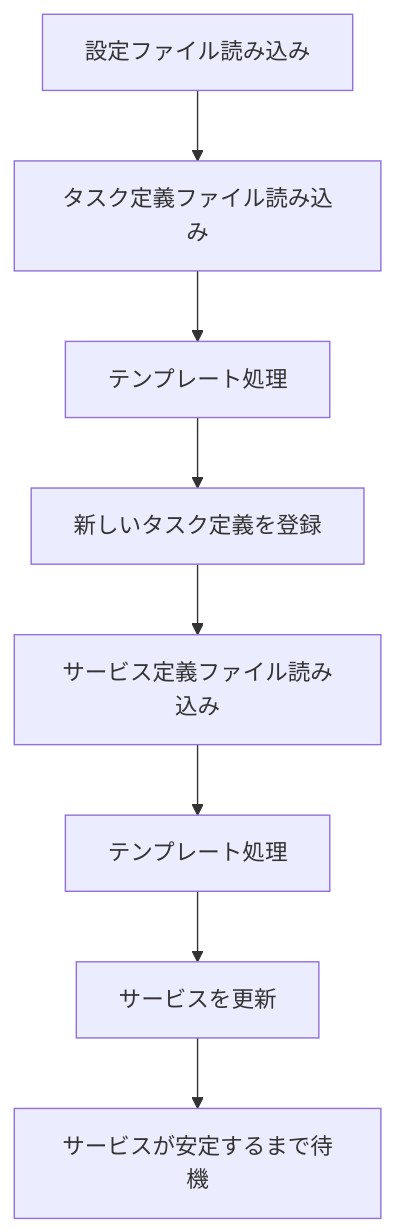
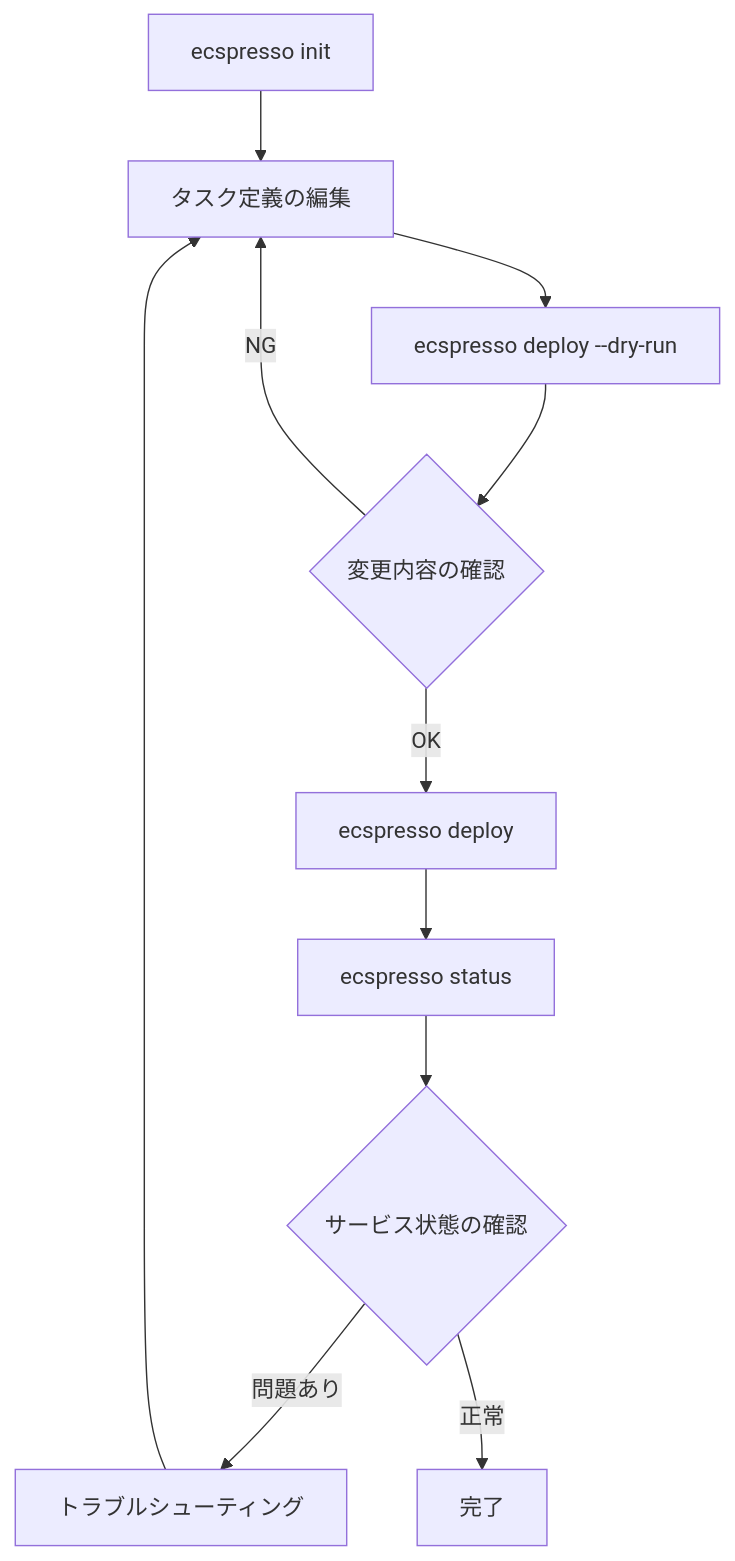
Before and after one commit to bufferings/devin-docs: the diagram in ecspresso/quickstart/basic-usage.md, drawn with Mermaid. The commit also changed other lines of this file and 29 other files, not shown here.

````diff
--- a/ecspresso/quickstart/basic-usage.md
+++ b/ecspresso/quickstart/basic-usage.md
@@ -51,10 +69,13 @@
 ```mermaid
 graph TD
-    A[設定ファイル読み込み] --> B[タスク定義ファイル読み込み]
-    B --> C[テンプレート処理]
-    C --> D[新しいタスク定義を登録]
-    D --> E[サービス定義ファイル読み込み]
-    E --> F[テンプレート処理]
-    F --> G[サービスを更新]
-    G --> H[サービスが安定するまで待機]
+    A[ecspresso init] --> B[タスク定義の編集]
+    B --> C[ecspresso deploy --dry-run]
+    C --> D{変更内容の確認}
+    D -->|OK| E[ecspresso deploy]
+    D -->|NG| B
+    E --> F[ecspresso status]
+    F --> G{サービス状態の確認}
+    G -->|問題あり| H[トラブルシューティング]
+    G -->|正常| I[完了]
+    H --> B
 ```
````
